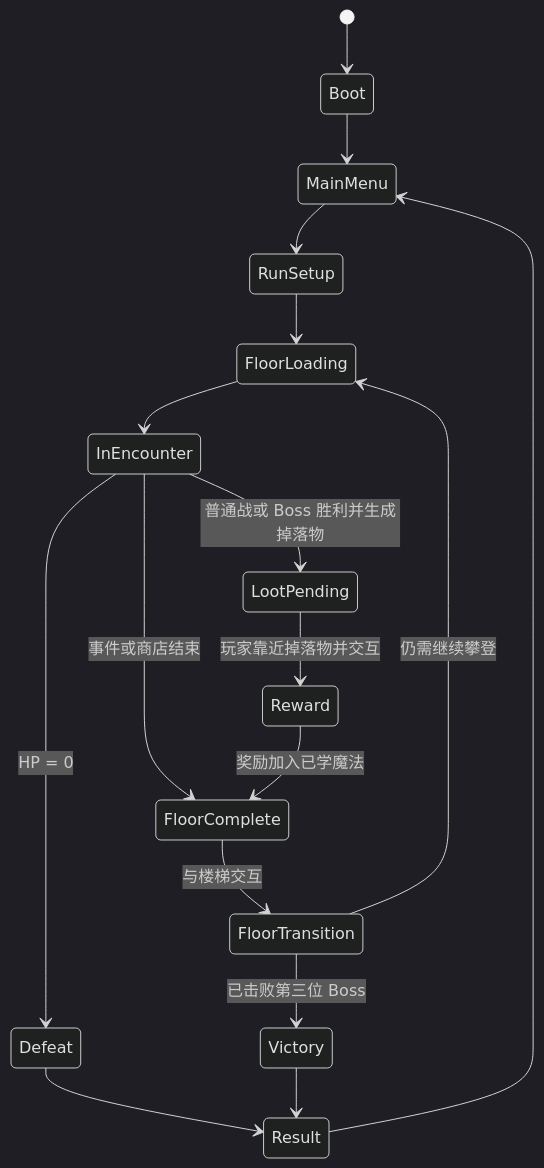
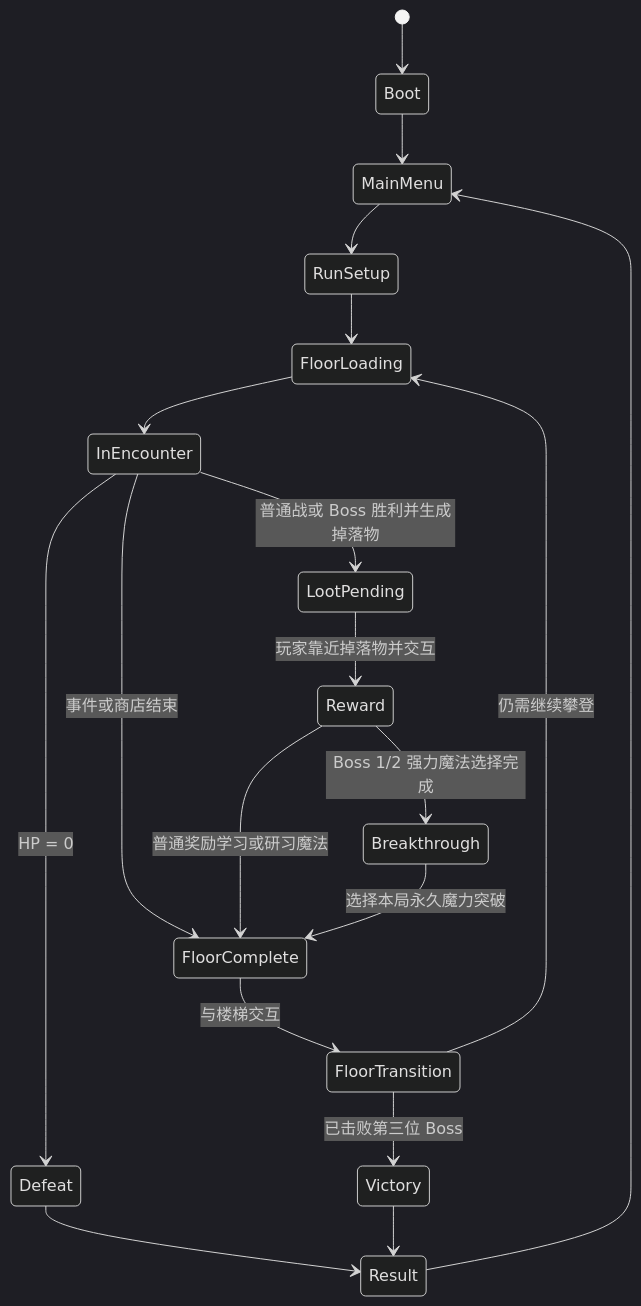
One commit to xyxy24/frieren_spire changed the second of 2 diagrams in docs/ARCHITECTURE.md. Above: the diagram before and after it, drawn with Mermaid (dark theme). The commit also changed other lines of this file and 32 other files, not shown here.

````diff
--- a/docs/ARCHITECTURE.md
+++ b/docs/ARCHITECTURE.md
@@ -101,19 +101,21 @@
 ```mermaid
 stateDiagram-v2
     [*] --> Boot
     Boot --> MainMenu
     MainMenu --> RunSetup
     RunSetup --> FloorLoading
     FloorLoading --> InEncounter
     InEncounter --> LootPending: 普通战或 Boss 胜利并生成掉落物
     LootPending --> Reward: 玩家靠近掉落物并交互
     InEncounter --> FloorComplete: 事件或商店结束
     InEncounter --> Defeat: HP = 0
-    Reward --> FloorComplete: 奖励加入已学魔法
+    Reward --> FloorComplete: 普通奖励学习或研习魔法
+    Reward --> Breakthrough: Boss 1/2 强力魔法选择完成
+    Breakthrough --> FloorComplete: 选择本局永久魔力突破
     FloorComplete --> FloorTransition: 与楼梯交互
     FloorTransition --> Victory: 已击败第三位 Boss
     FloorTransition --> FloorLoading: 仍需继续攀登
     Defeat --> Result
     Victory --> Result
     Result --> MainMenu
 ```
````
